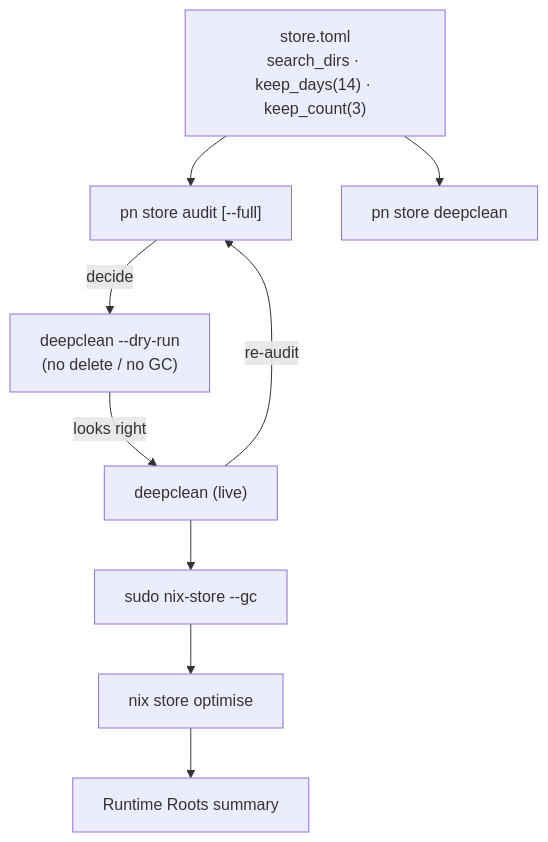
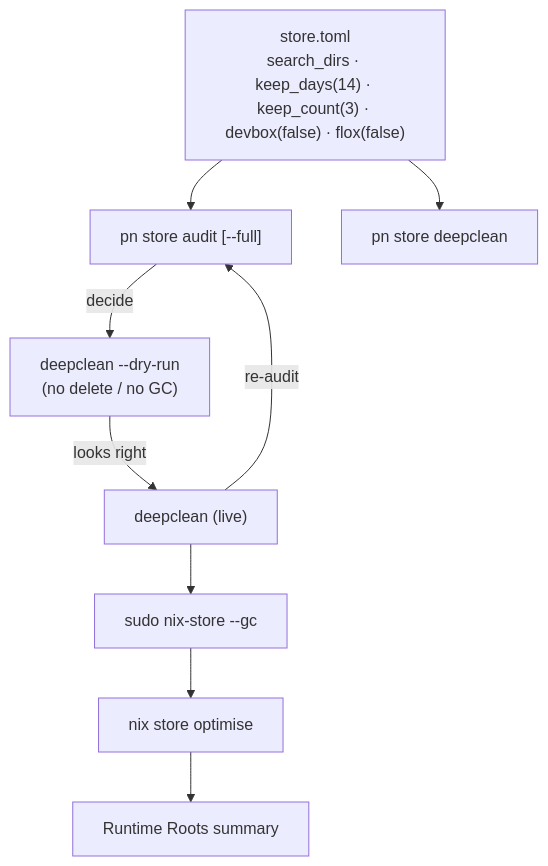
One commit to phillipgreenii/nix-repo-base changed the first of 2 diagrams in docs/pn-store.md. Above: the diagram before and after it, drawn with Mermaid. The commit also changed other lines of this file and 8 other files, not shown here.

First line of the commit message:
feat(pn): add devbox and flox toggles to store deepclean and audit

````diff
--- a/docs/pn-store.md
+++ b/docs/pn-store.md
@@ -202,11 +226,11 @@
 ```mermaid
 flowchart TD
-    CFG["store.toml<br/>search_dirs · keep_days(14) · keep_count(3)"] --> AUDIT["pn store audit [--full]"]
+    CFG["store.toml<br/>search_dirs · keep_days(14) · keep_count(3) · devbox(false) · flox(false)"] --> AUDIT["pn store audit [--full]"]
     CFG --> CLEAN["pn store deepclean"]
     AUDIT -->|decide| DRY["deepclean --dry-run<br/>(no delete / no GC)"]
     DRY -->|looks right| LIVE["deepclean (live)"]
     LIVE --> GC["sudo nix-store --gc"]
     GC --> OPT["nix store optimise"]
     OPT --> RR["Runtime Roots summary"]
     LIVE -->|re-audit| AUDIT
 ```
````
